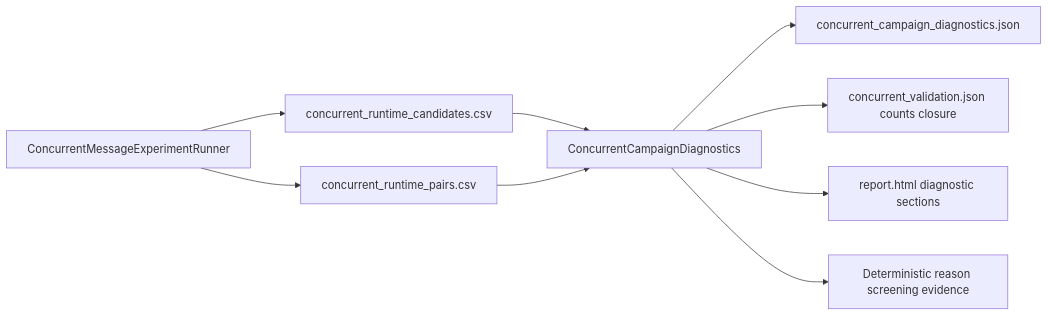
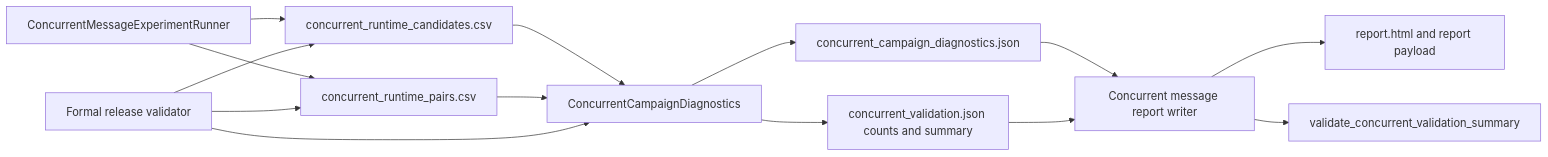
The first of 4 diagrams in docs/architecture/concurrent-message-campaign-diagnostics.md (liu-qingyuan/llm-abm-marketing-sim), drawn with Mermaid before and after one commit. The commit also changed other lines of this file and 3 other files, not shown here.

````diff
--- a/docs/architecture/concurrent-message-campaign-diagnostics.md
+++ b/docs/architecture/concurrent-message-campaign-diagnostics.md
@@ -30,11 +19,16 @@
 ```mermaid
 flowchart LR
     Runner[ConcurrentMessageExperimentRunner] --> Candidates[concurrent_runtime_candidates.csv]
     Runner --> Pairs[concurrent_runtime_pairs.csv]
     Candidates --> Builder[ConcurrentCampaignDiagnostics]
     Pairs --> Builder
     Builder --> Diagnostics[concurrent_campaign_diagnostics.json]
-    Builder --> Validation[concurrent_validation.json counts closure]
-    Builder --> Report[report.html diagnostic sections]
-    Builder --> Screening[Deterministic reason screening evidence]
+    Builder --> Validation[concurrent_validation.json counts and summary]
+    Diagnostics --> Writer[Concurrent message report writer]
+    Validation --> Writer
+    Writer --> Report[report.html and report payload]
+    Writer --> Validator[validate_concurrent_validation_summary]
+    ReleaseValidator[Formal release validator] --> Candidates
+    ReleaseValidator --> Pairs
+    ReleaseValidator --> Builder
 ```
````
